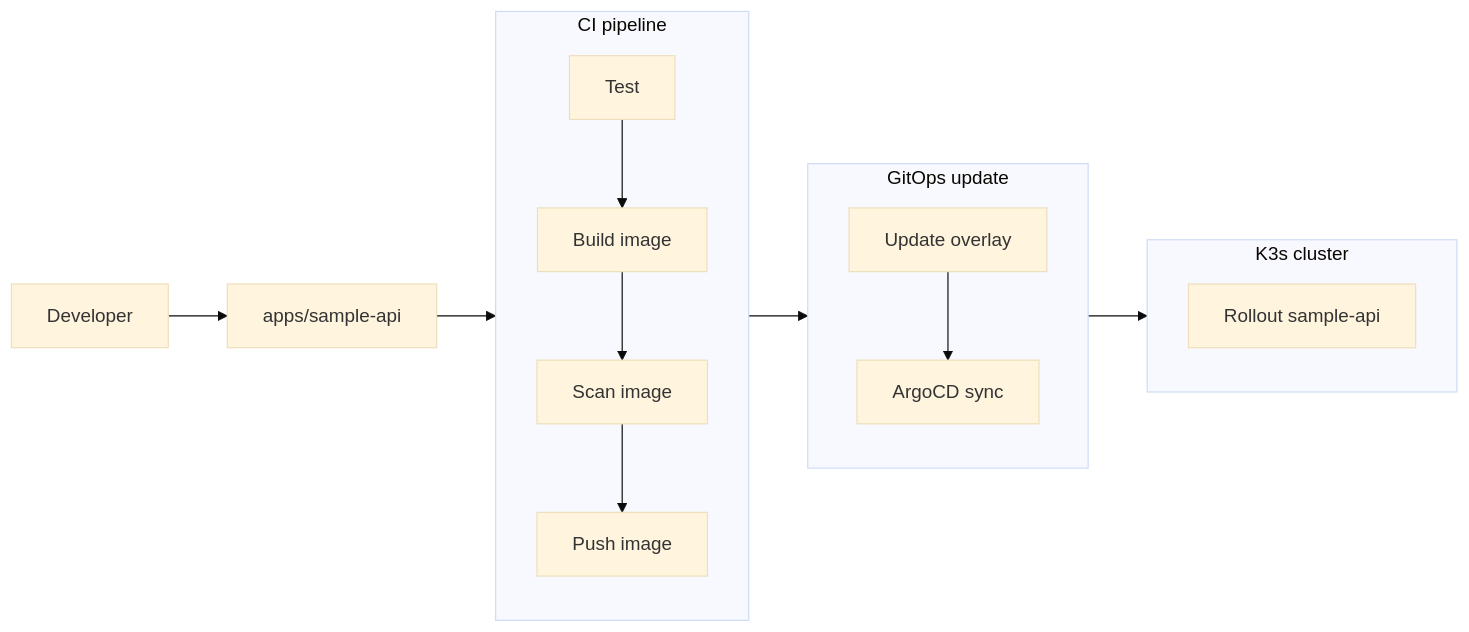
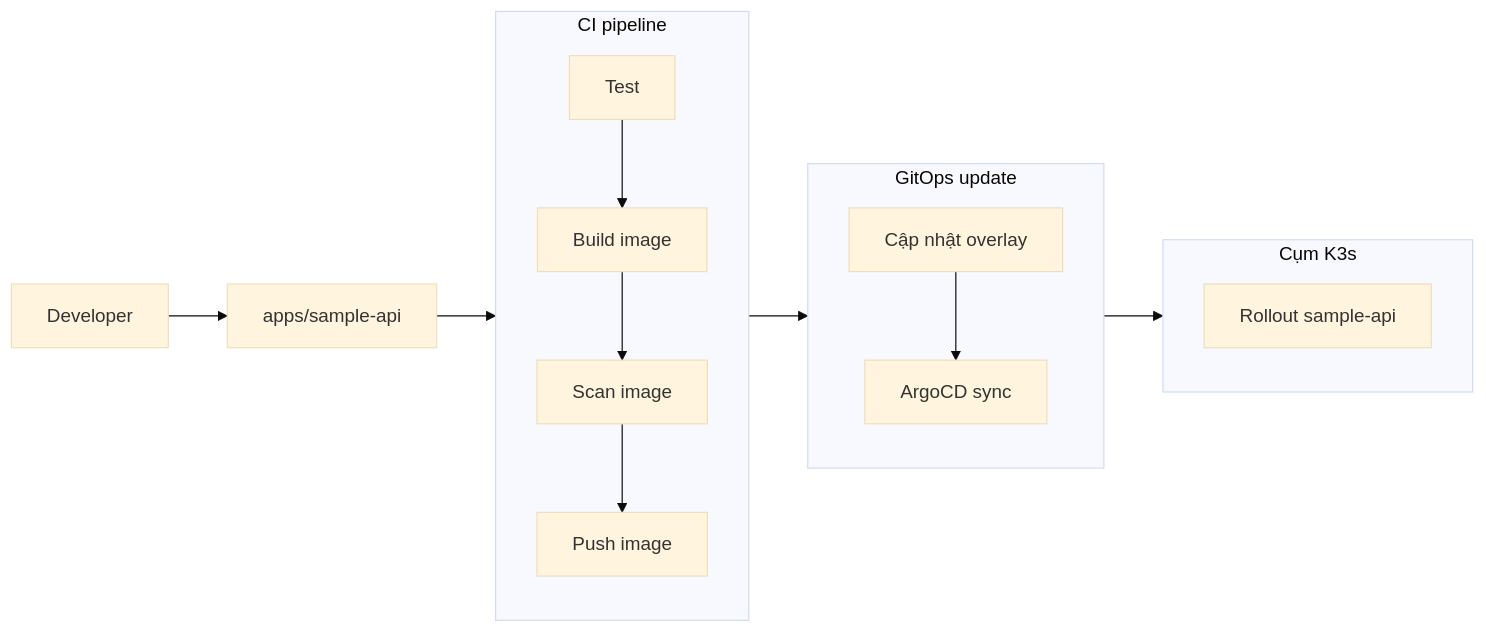
Before and after one commit to nghiabka/rancher-platform-template: the sixth of 6 diagrams in docs/architecture.md, drawn with Mermaid (base theme). The commit also changed other lines of this file and 1 other file, not shown here.

Commit message:
docs: expand platform tutorial and architecture

````diff
--- a/docs/architecture.md
+++ b/docs/architecture.md
@@ -251,23 +480,23 @@
 ```mermaid
 flowchart LR
   Dev["Developer"] --> App["apps/sample-api"]
 
   subgraph Pipeline["CI pipeline"]
     direction TB
     Test["Test"] --> Build["Build image"] --> Scan["Scan image"] --> Push["Push image"]
   end
 
   subgraph GitOps["GitOps update"]
     direction TB
-    Overlay["Update overlay"] --> Sync["ArgoCD sync"]
+    Overlay["Cập nhật overlay"] --> Sync["ArgoCD sync"]
   end
 
-  subgraph Cluster["K3s cluster"]
+  subgraph Cluster["Cụm K3s"]
     direction TB
     Rollout["Rollout sample-api"]
   end
 
   App --> Test
   Push --> Overlay
   Sync --> Rollout
 ```
````
